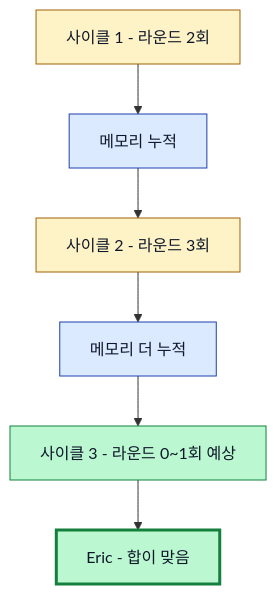
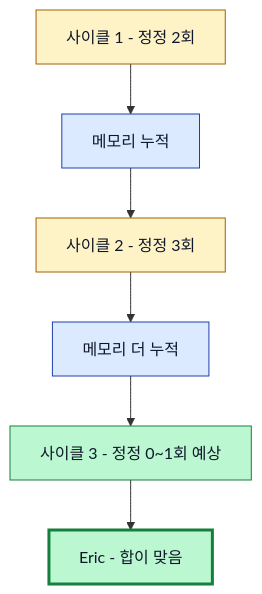
The eighth of 8 diagrams in content/diary/c/1.md (linisia/eric-company), drawn with Mermaid before and after one commit. The commit also changed other lines of this file and 1 other file, not shown here.

First line of the commit message:
fix(mermaid): unset global text fill override + diary(c)/1 본문 재구성

````diff
--- a/content/diary/c/1.md
+++ b/content/diary/c/1.md
@@ -181,14 +235,14 @@
 ```mermaid
 flowchart TD
-    A[사이클 1 - 라운드 2회] --> B[메모리 누적]
-    B --> C[사이클 2 - 라운드 3회]
+    A[사이클 1 - 정정 2회] --> B[메모리 누적]
+    B --> C[사이클 2 - 정정 3회]
     C --> D[메모리 더 누적]
-    D --> E[사이클 3 - 라운드 0~1회 예상]
+    D --> E[사이클 3 - 정정 0~1회 예상]
     E --> F[Eric - 합이 맞음]
     style A fill:#fef3c7,stroke:#a16207,color:#0f172a
     style B fill:#dbeafe,stroke:#1e40af,color:#0f172a
     style C fill:#fef3c7,stroke:#a16207,color:#0f172a
     style D fill:#dbeafe,stroke:#1e40af,color:#0f172a
     style E fill:#bbf7d0,stroke:#15803d,color:#0f172a
     style F fill:#bbf7d0,stroke:#15803d,stroke-width:3px,color:#0f172a
 ```
````
